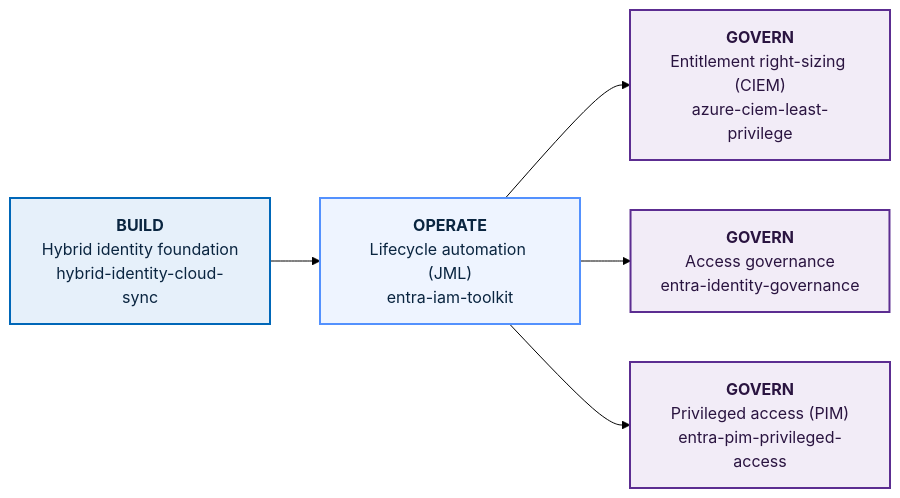
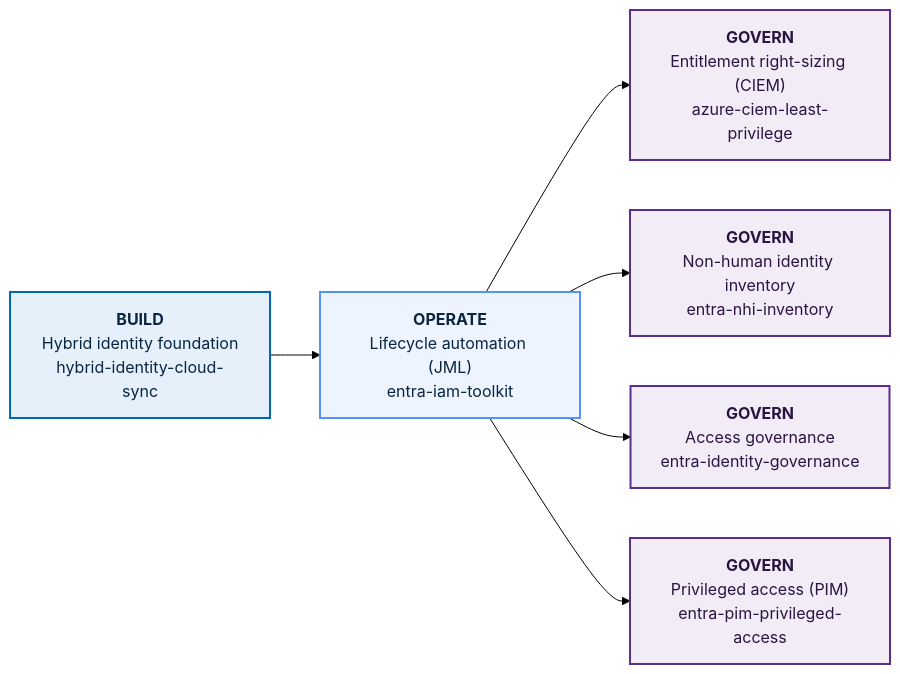
Before and after one commit to jeff6942016/entra-identity-platform: the diagram in README.md, drawn with Mermaid (forest theme). The commit also changed other lines of this file and 9 other files, not shown here.

First line of the commit message:
Add entra-nhi-inventory lab: non-human identity discovery and risk ranking

````diff
--- a/README.md
+++ b/README.md
@@ -22,18 +22,21 @@
 ```mermaid
 flowchart LR
     BUILD["<b>BUILD</b><br/>Hybrid identity foundation<br/>hybrid-identity-cloud-sync"]
     OPERATE["<b>OPERATE</b><br/>Lifecycle automation (JML)<br/>entra-iam-toolkit"]
     CIEM["<b>GOVERN</b><br/>Entitlement right-sizing (CIEM)<br/>azure-ciem-least-privilege"]
+    NHI["<b>GOVERN</b><br/>Non-human identity inventory<br/>entra-nhi-inventory"]
     IG["<b>GOVERN</b><br/>Access governance<br/>entra-identity-governance"]
     PIM["<b>GOVERN</b><br/>Privileged access (PIM)<br/>entra-pim-privileged-access"]
 
     BUILD --> OPERATE --> CIEM
+    OPERATE --> NHI
     OPERATE --> IG
     OPERATE --> PIM
 
     style BUILD fill:#e6f0fa,stroke:#0067b8,stroke-width:2px,color:#0a2540
     style OPERATE fill:#eef4ff,stroke:#5391FE,stroke-width:2px,color:#0a2540
     style CIEM fill:#f2ecf7,stroke:#5C2D91,stroke-width:2px,color:#2a1440
+    style NHI fill:#f2ecf7,stroke:#5C2D91,stroke-width:2px,color:#2a1440
     style IG fill:#f2ecf7,stroke:#5C2D91,stroke-width:2px,color:#2a1440
     style PIM fill:#f2ecf7,stroke:#5C2D91,stroke-width:2px,color:#2a1440
 ```
````
